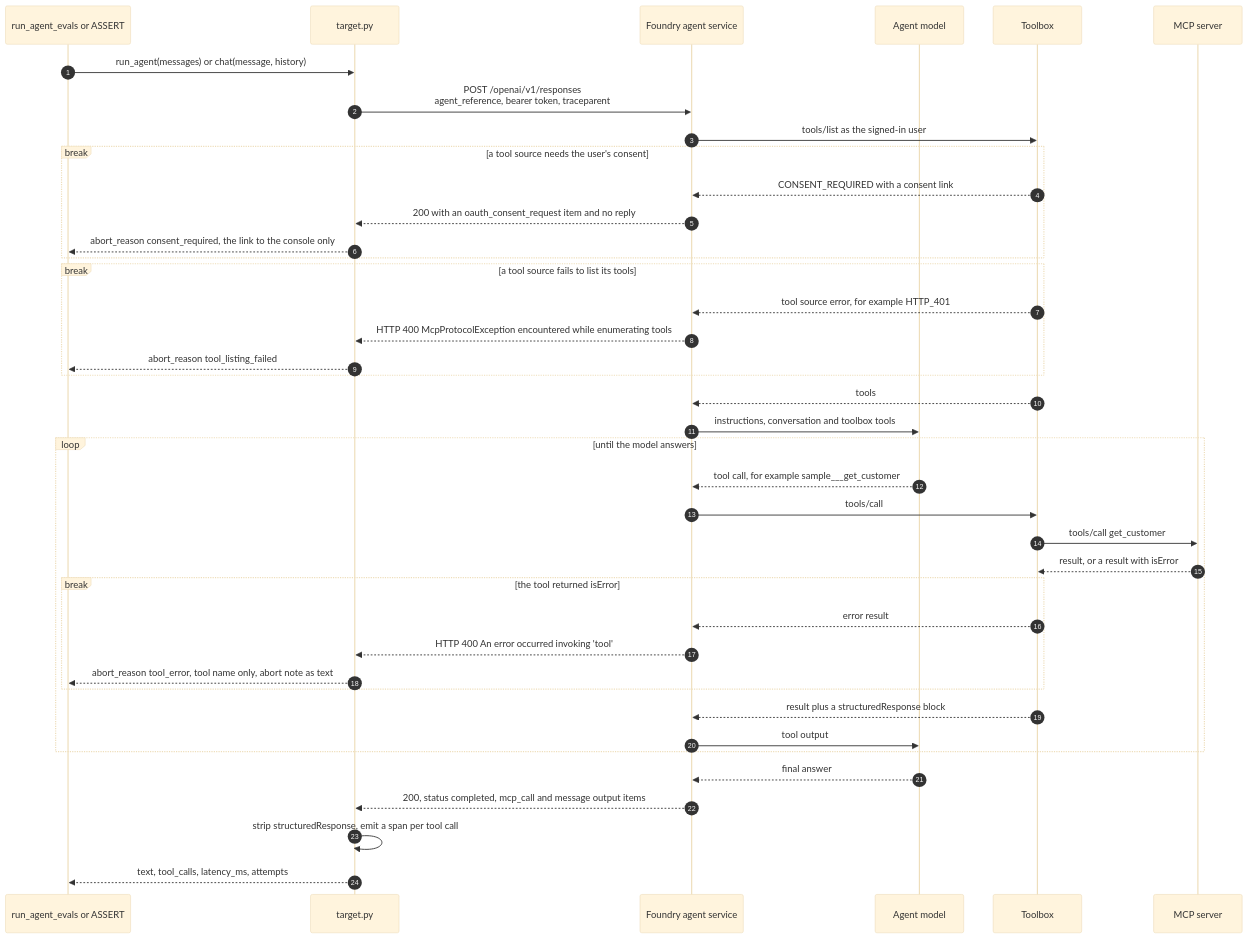
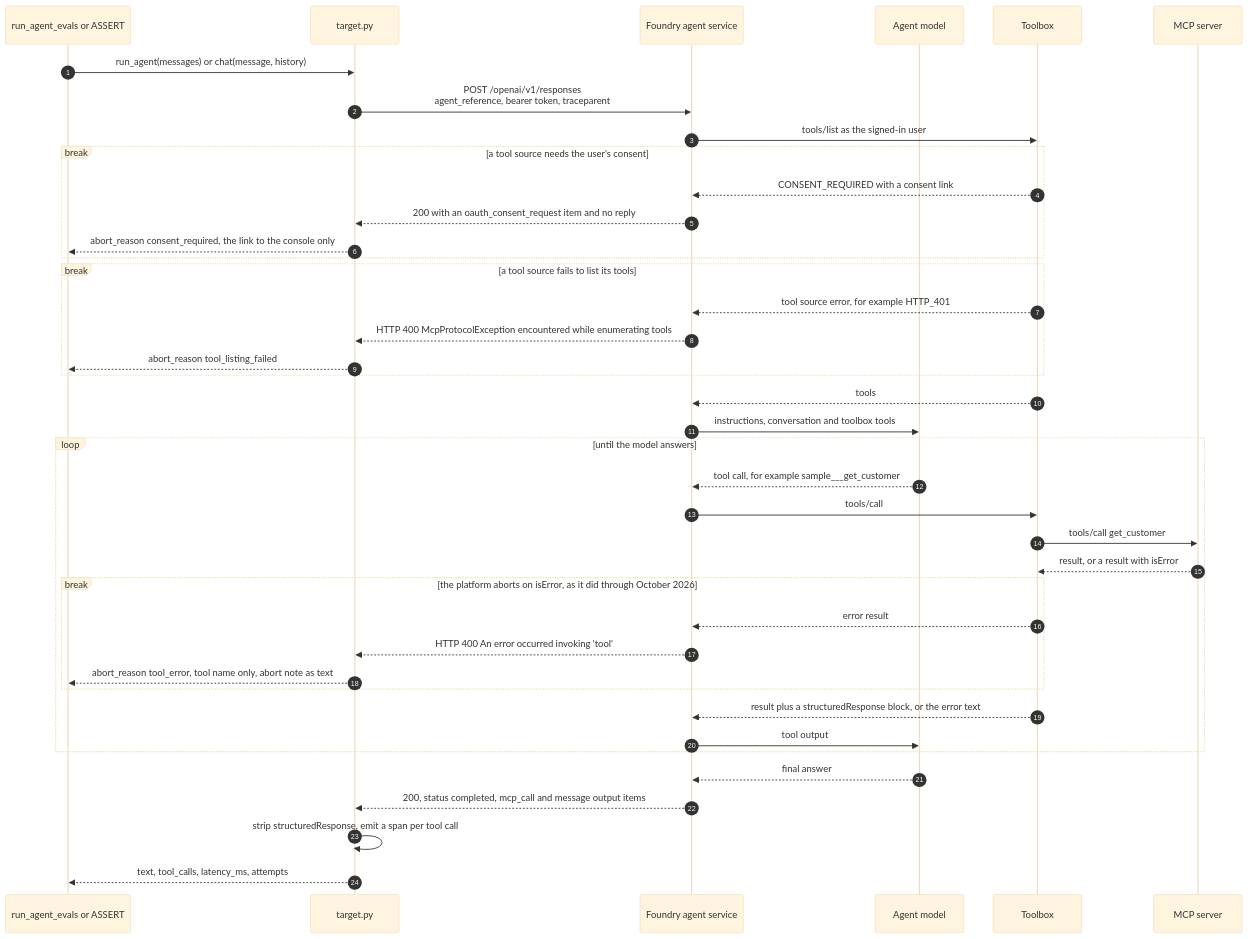
Before and after one commit to bradrlaw/foundryToolboxEval: the ninth of 17 diagrams in docs/architecture.md, drawn with Mermaid (base theme). The commit also changed other lines of this file and 18 other files, not shown here.

First line of the commit message:
Reconnect lost sessions, pair expected calls, score platform aborts

````diff
--- a/docs/architecture.md
+++ b/docs/architecture.md
@@ -398,42 +398,42 @@
 ```mermaid
 sequenceDiagram
     autonumber
     participant R as run_agent_evals or ASSERT
     participant T as target.py
     participant F as Foundry agent service
     participant M as Agent model
     participant TB as Toolbox
     participant S as MCP server
     R->>T: run_agent(messages) or chat(message, history)
     T->>F: POST /openai/v1/responses<br/>agent_reference, bearer token, traceparent
     F->>TB: tools/list as the signed-in user
     break a tool source needs the user's consent
         TB-->>F: CONSENT_REQUIRED with a consent link
         F-->>T: 200 with an oauth_consent_request item and no reply
         T-->>R: abort_reason consent_required, the link to the console only
     end
     break a tool source fails to list its tools
         TB-->>F: tool source error, for example HTTP_401
         F-->>T: HTTP 400 McpProtocolException encountered while enumerating tools
         T-->>R: abort_reason tool_listing_failed
     end
     TB-->>F: tools
     F->>M: instructions, conversation and toolbox tools
     loop until the model answers
         M-->>F: tool call, for example sample___get_customer
         F->>TB: tools/call
         TB->>S: tools/call get_customer
         S-->>TB: result, or a result with isError
-        break the tool returned isError
+        break the platform aborts on isError, as it did through October 2026
             TB-->>F: error result
             F-->>T: HTTP 400 An error occurred invoking 'tool'
             T-->>R: abort_reason tool_error, tool name only, abort note as text
         end
-        TB-->>F: result plus a structuredResponse block
+        TB-->>F: result plus a structuredResponse block, or the error text
         F->>M: tool output
     end
     M-->>F: final answer
     F-->>T: 200, status completed, mcp_call and message output items
     T->>T: strip structuredResponse, emit a span per tool call
     T-->>R: text, tool_calls, latency_ms, attempts
 ```
````
